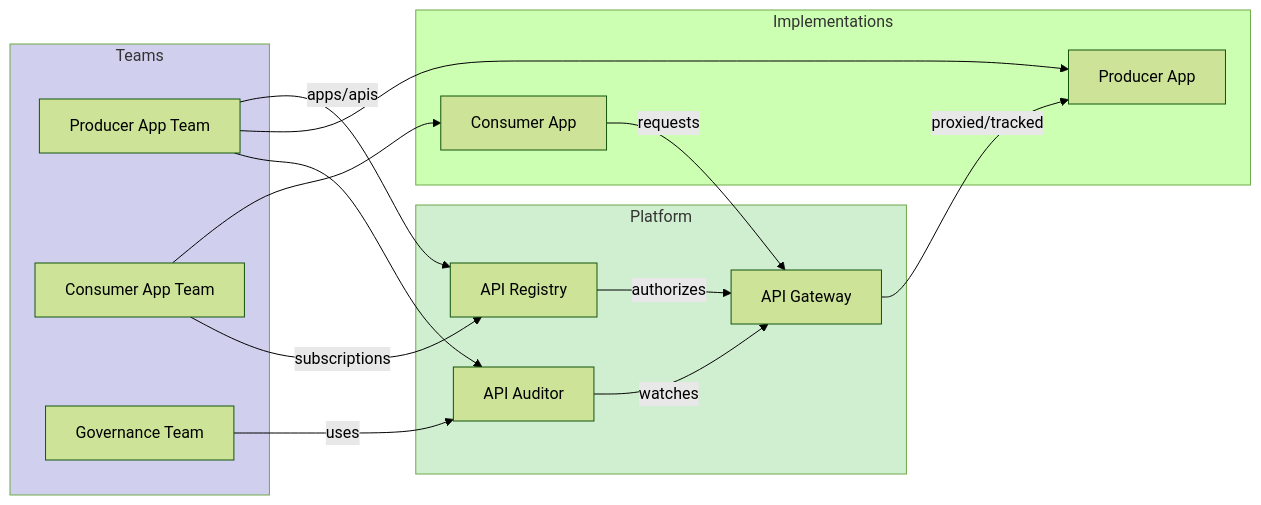
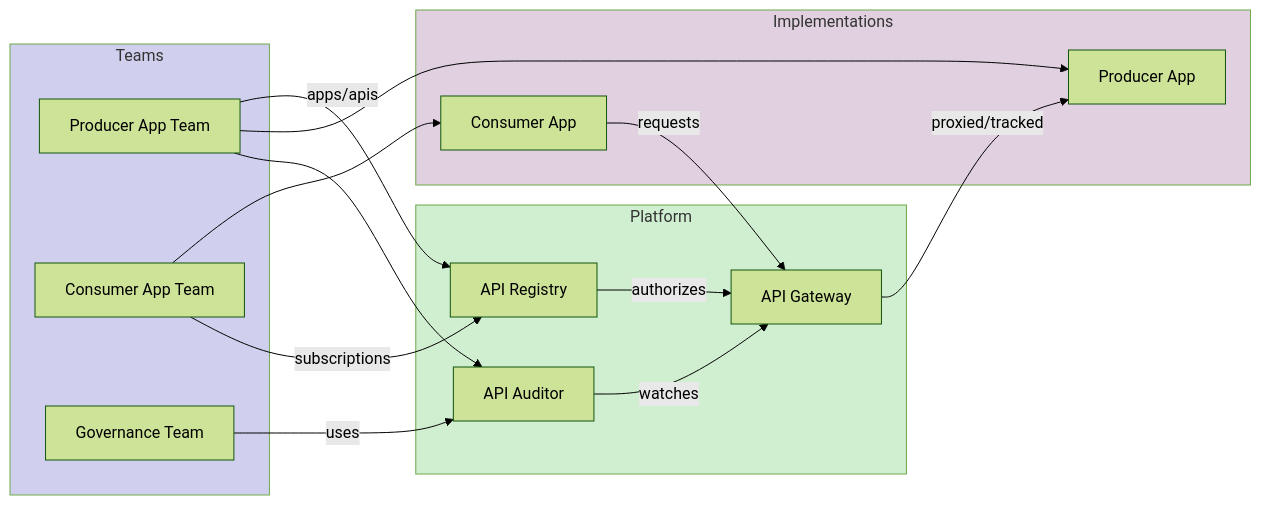
The first of 9 diagrams in technical-design.md (barbecuesteve/api-governance), drawn with Mermaid (forest theme) before and after one commit. The commit also changed other lines of this file, not shown here.

Commit message:
diagram corrections

```diff
--- a/technical-design.md
+++ b/technical-design.md
@@ -26,34 +26,34 @@
 <pre class="mermaid">
 flowchart LR
     subgraph Teams
         TeamP[Producer App Team]
         TeamC[Consumer App Team]
         Admin[Governance Team]
     end
 
     subgraph Platform
         Registry[API Registry]
         Gateway[API Gateway]
         Auditor[API Auditor]
     end
 
     subgraph Implementations
         AppC[Consumer App]
         AppP[Producer App]
     end
 
     Registry -->|authorizes| Gateway
     Gateway -->|proxied/tracked| AppP
     AppC -->|requests| Gateway
     TeamP -->|apps/apis| Registry
     TeamP --> AppP
     TeamC --> AppC
     TeamC -->|subscriptions| Registry
     TeamP --> Auditor
     Admin -->|uses| Auditor
     Auditor -->|watches| Gateway
 
     style Platform fill:#D0EED0
     style Teams fill:#D0D0EE  
-    style Implementations fill:#E0ED0E0
+    style Implementations fill:#E0D0E0
 </pre>
```
